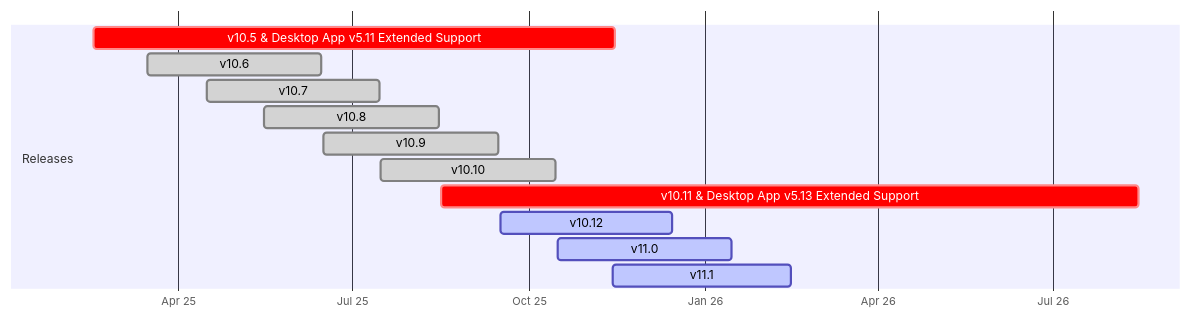
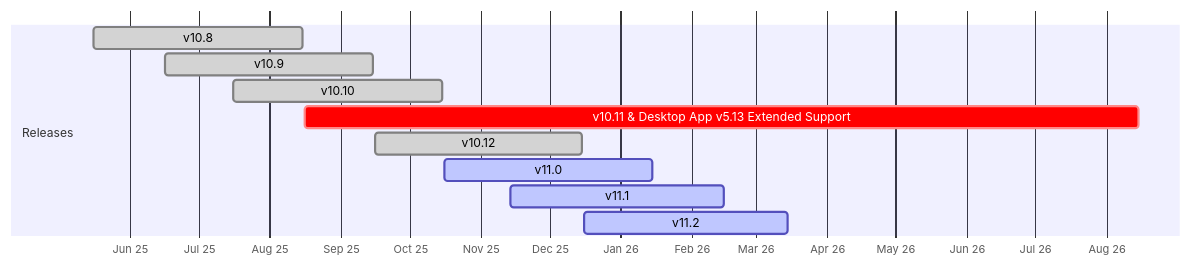
The diagram in source/product-overview/release-policy.md (mattermost/docs), drawn with Mermaid before and after one commit.

````diff
--- a/source/product-overview/release-policy.md
+++ b/source/product-overview/release-policy.md
@@ -44,18 +44,16 @@
 ```{mermaid}
 
 gantt
     dateFormat  YYYY-MM-DD
     axisFormat  %b %y
 
     section Releases
-    v10.5 & Desktop App v5.11 Extended Support :crit,    2025-02-16, 2025-11-15
-    v10.6                  :done, 2025-03-16, 2025-06-15
-    v10.7                  :done, 2025-04-16, 2025-07-15
     v10.8                  :done, 2025-05-16, 2025-08-15
     v10.9                  :done, 2025-06-16, 2025-09-15
     v10.10                 :done, 2025-07-16, 2025-10-15
     v10.11 & Desktop App v5.13 Extended Support :crit,    2025-08-16, 2026-08-15
-    v10.12                 :active, 2025-09-16, 2025-12-15
+    v10.12                 :done, 2025-09-16, 2025-12-15
     v11.0                  :active, 2025-10-16, 2026-01-15
     v11.1                  :active, 2025-11-14, 2026-02-15
+    v11.2                  :active, 2025-12-16, 2026-03-15
 ```
````
